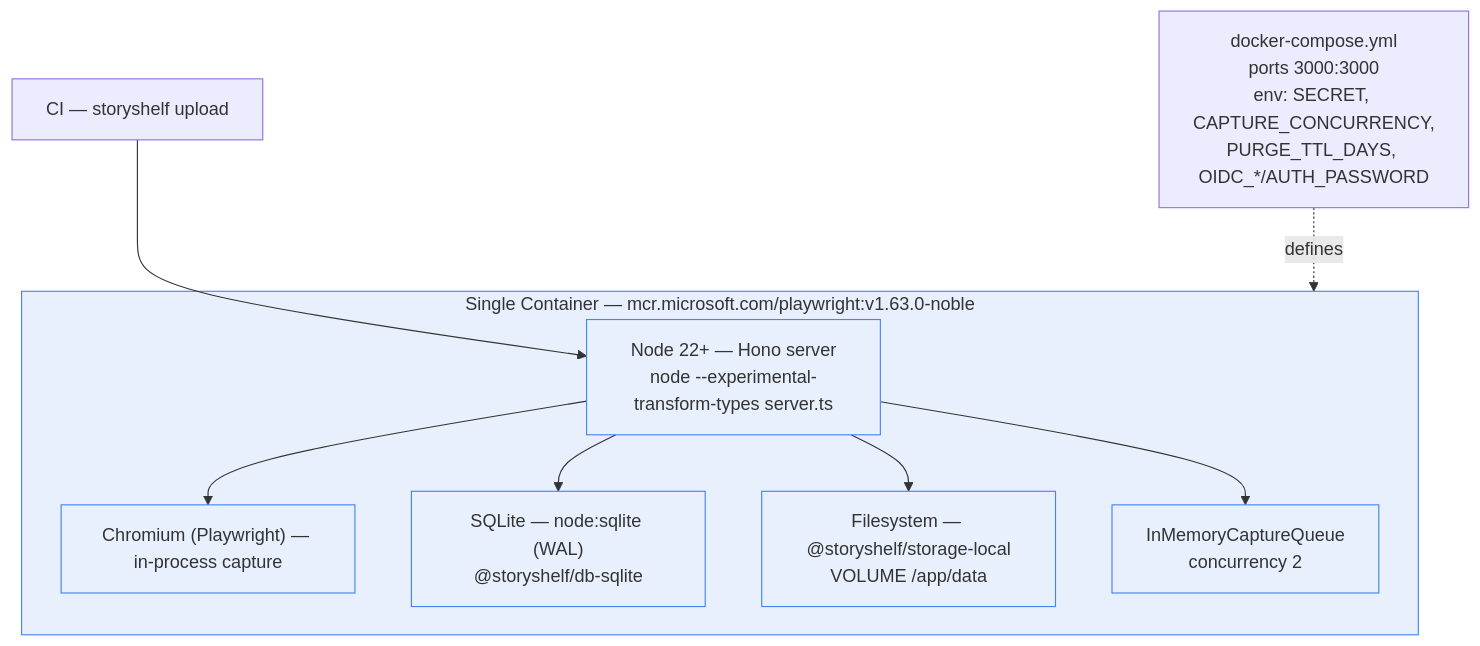
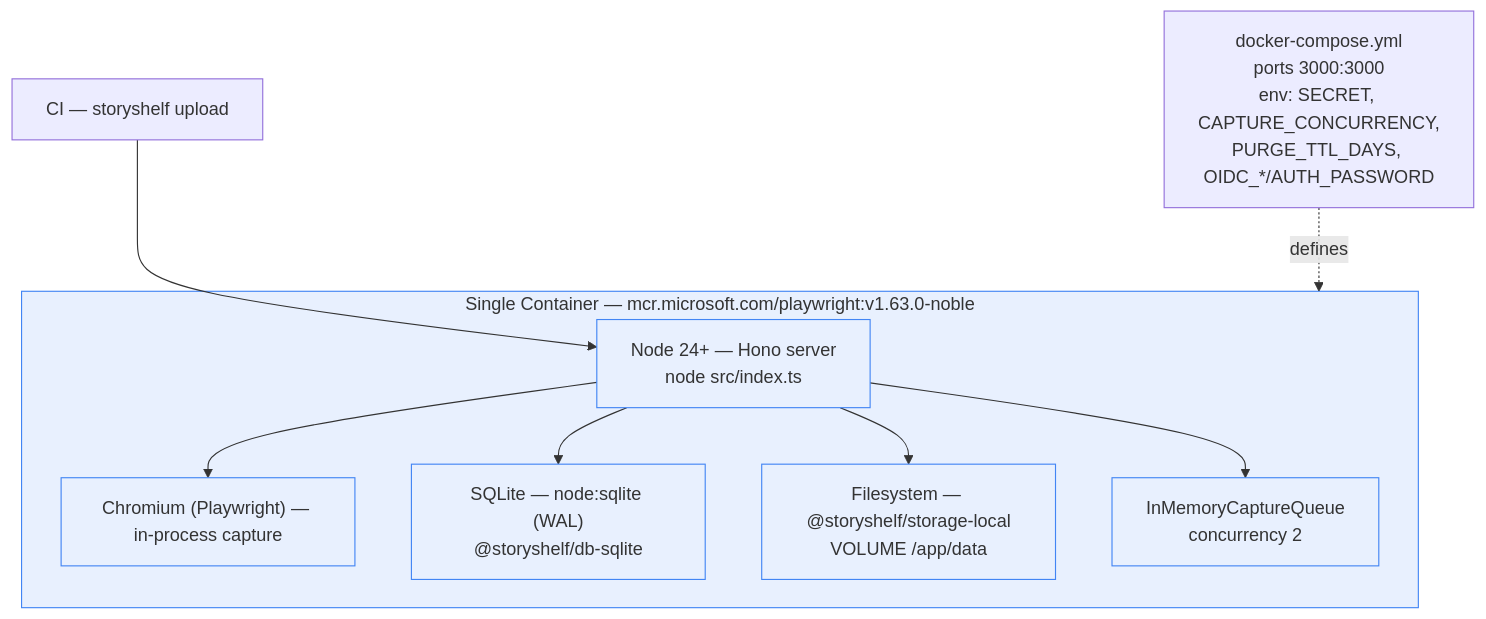
One commit to GuptaSiddhant/StoryShelf changed diagram 14 of 18 in docs/architecture-diagrams.md. Above: the diagram before and after it, drawn with Mermaid. The commit also changed 34 other files, not shown here.

````diff
--- a/docs/architecture-diagrams.md
+++ b/docs/architecture-diagrams.md
@@ -761,23 +761,23 @@
 ```mermaid
 flowchart TB
     subgraph Docker["Single Container — mcr.microsoft.com/playwright:v1.63.0-noble"]
-        Node["Node 22+ — Hono server<br/>node --experimental-transform-types server.ts"]
+        Node["Node 24+ — Hono server<br/>node src/index.ts"]
         PW["Chromium (Playwright) — in-process capture"]
         SQLite["SQLite — node:sqlite (WAL)<br/>@storyshelf/db-sqlite"]
         FS["Filesystem — @storyshelf/storage-local<br/>VOLUME /app/data"]
         Queue2["InMemoryCaptureQueue<br/>concurrency 2"]
     end
 
     Compose["docker-compose.yml<br/>ports 3000:3000<br/>env: SECRET, CAPTURE_CONCURRENCY,<br/>PURGE_TTL_DAYS, OIDC_*/AUTH_PASSWORD"]
     CI2["CI — storyshelf upload"]
 
     CI2 --> Node
     Node --> PW
     Node --> SQLite
     Node --> FS
     Node --> Queue2
     Compose -. defines .-> Docker
 
     classDef container fill:#e8f0fe,stroke:#4285f4;
     class Docker,Node,PW,SQLite,FS,Queue2 container;
 ```
````
